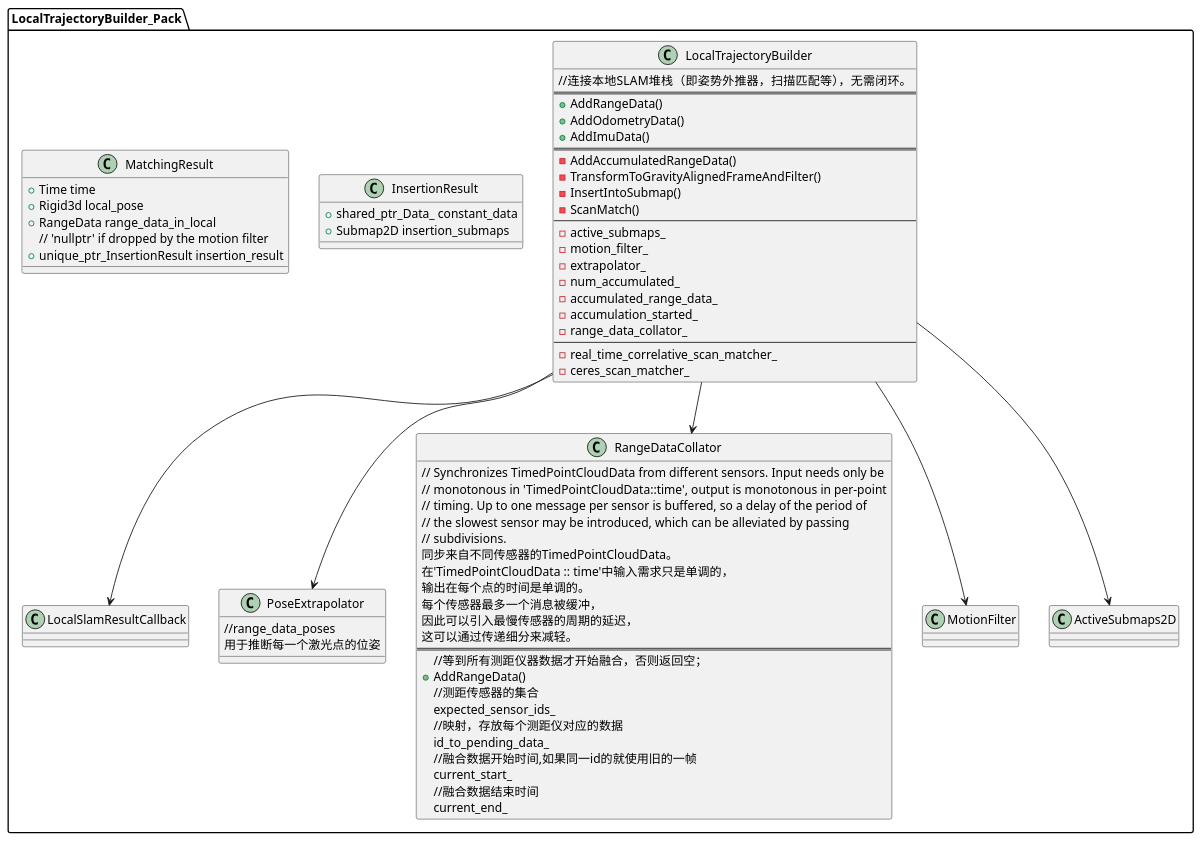
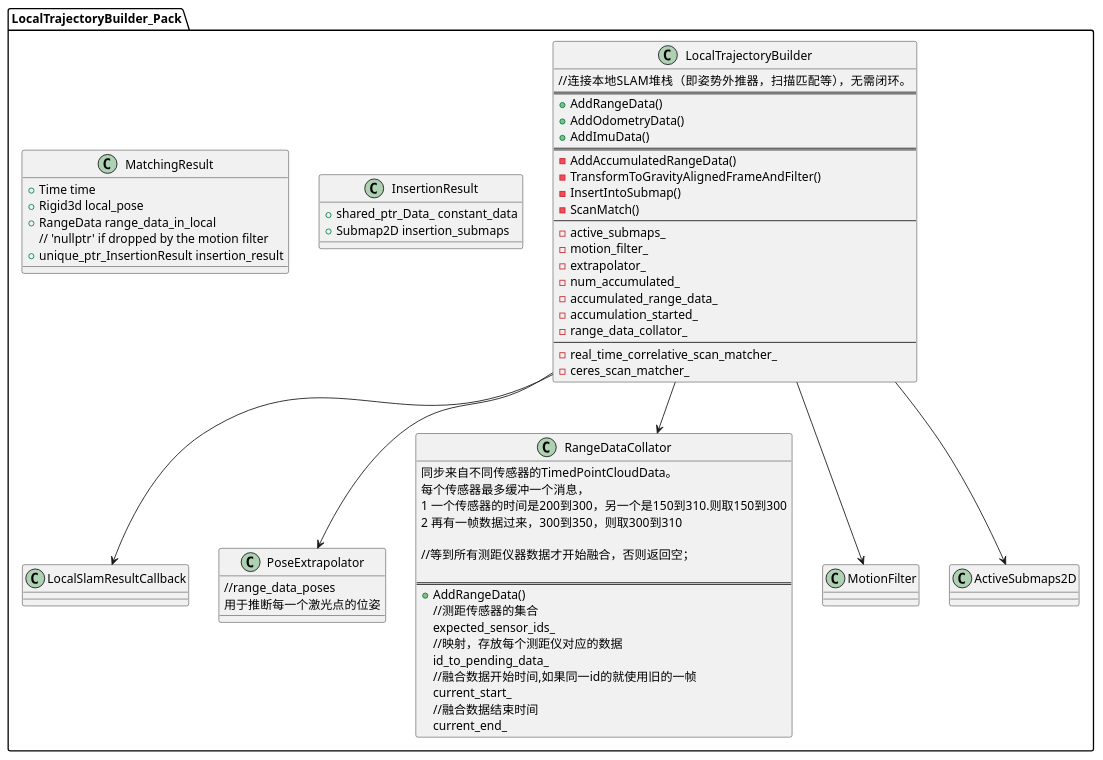
One commit to lsy563193/hexo changed the diagram in source/_posts/slam-cartographer-notes/local_slam.iuml. Above: the diagram before and after it, drawn with PlantUML. The commit also changed 7 other files, not shown here.

```diff
--- a/source/_posts/slam-cartographer-notes/local_slam.iuml
+++ b/source/_posts/slam-cartographer-notes/local_slam.iuml
@@ -1,79 +1,74 @@
 @startuml
 package "LocalTrajectoryBuilder_Pack" {
   class LocalTrajectoryBuilder {
   //连接本地SLAM堆栈（即姿势外推器，扫描匹配等），无需闭环。
 ==
     + AddRangeData()
     + AddOdometryData()
     + AddImuData()
 ===
       - AddAccumulatedRangeData()
       - TransformToGravityAlignedFrameAndFilter()
       - InsertIntoSubmap()
       - ScanMatch()
 ----
       -active_submaps_
       -motion_filter_
       -extrapolator_
       -num_accumulated_
       -accumulated_range_data_
       -accumulation_started_
       -range_data_collator_
 ---
       -real_time_correlative_scan_matcher_
       -ceres_scan_matcher_
   }
   
   class LocalSlamResultCallback{
 
   }
 
   class PoseExtrapolator {
     //range_data_poses
     用于推断每一个激光点的位姿
   }
 
 
   class RangeDataCollator {
-    // Synchronizes TimedPointCloudData from different sensors. Input needs only be
-    // monotonous in 'TimedPointCloudData::time', output is monotonous in per-point
-    // timing. Up to one message per sensor is buffered, so a delay of the period of
-    // the slowest sensor may be introduced, which can be alleviated by passing
-    // subdivisions.
-    同步来自不同传感器的TimedPointCloudData。 
-    在'TimedPointCloudData :: time'中输入需求只是单调的，
-    输出在每个点的时间是单调的。 
-    每个传感器最多一个消息被缓冲，
-    因此可以引入最慢传感器的周期的延迟，
-    这可以通过传递细分来减轻。
+    同步来自不同传感器的TimedPointCloudData。
+    每个传感器最多缓冲一个消息，
+    1 一个传感器的时间是200到300，另一个是150到310.则取150到300
+    2 再有一帧数据过来，300到350，则取300到310
+
+    //等到所有测距仪器数据才开始融合，否则返回空；
+
 ==
-    //等到所有测距仪器数据才开始融合，否则返回空；
     + AddRangeData()
     //测距传感器的集合
     expected_sensor_ids_ 
     //映射，存放每个测距仪对应的数据
     id_to_pending_data_
     //融合数据开始时间,如果同一id的就使用旧的一帧
     current_start_
     //融合数据结束时间
     current_end_
   }
   class InsertionResult {
     + shared_ptr_Data_ constant_data
     + Submap2D insertion_submaps
   }
   class MatchingResult {
     + Time time
     + Rigid3d local_pose
     + RangeData range_data_in_local
     // 'nullptr' if dropped by the motion filter
     + unique_ptr_InsertionResult insertion_result
   }
 
   LocalTrajectoryBuilder -down-> PoseExtrapolator
   LocalTrajectoryBuilder -down-> LocalSlamResultCallback
   LocalTrajectoryBuilder -down-> MotionFilter
   LocalTrajectoryBuilder -down-> ActiveSubmaps2D
   LocalTrajectoryBuilder -down-> RangeDataCollator
 }
 @enduml
```
